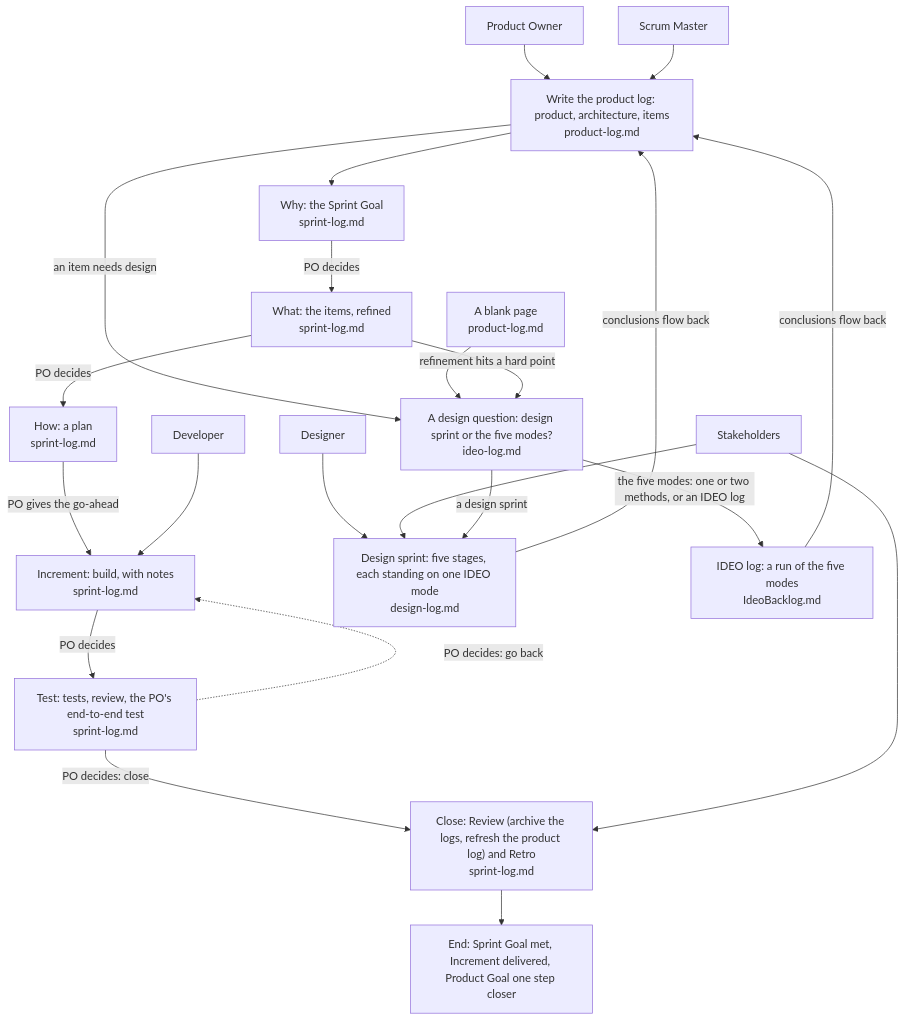
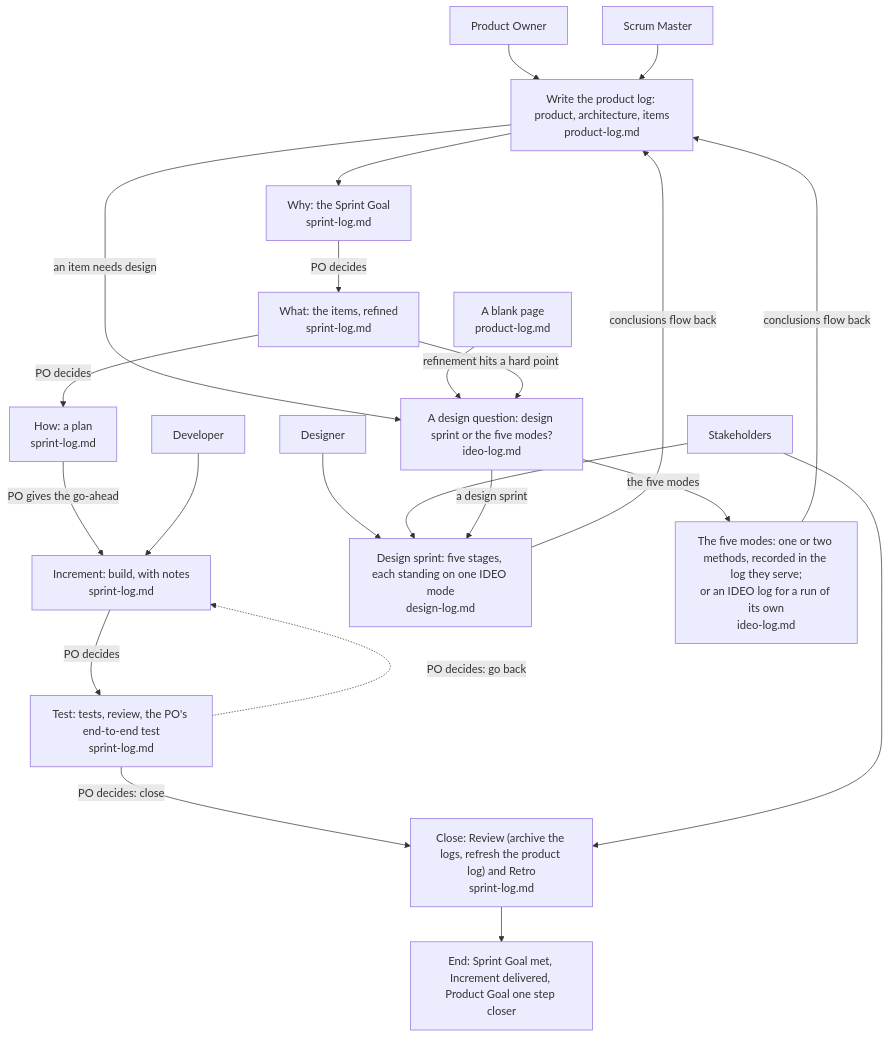
The diagram in plugins/ideo-scrum/skills/scrum-kernel/overview.md (seapawn1/IDEO-Scrum), drawn with Mermaid before and after one commit. The commit also changed other lines of this file and 4 other files, not shown here.

Commit message:
docs(Sprint 17): 对抗审查收 3 条照改——overview 图与第 3 条、模板章号说明；Codex 同步

````diff
--- a/plugins/ideo-scrum/skills/scrum-kernel/overview.md
+++ b/plugins/ideo-scrum/skills/scrum-kernel/overview.md
@@ -14,29 +14,29 @@
 ```mermaid
 flowchart TD
     PO["Product Owner"]
     SM["Scrum Master"]
     DEV["Developer"]
     DES["Designer"]
     SH["Stakeholders"]
     PO --> A["Write the product log: product, architecture, items<br/>product-log.md"]
     SM --> A
     A -- "an item needs design" --> X0["A design question: design sprint or the five modes?<br/>ideo-log.md"]
     BP["A blank page<br/>product-log.md"] --> X0
     A --> S1["Why: the Sprint Goal<br/>sprint-log.md"]
     S1 -- "PO decides" --> S2["What: the items, refined<br/>sprint-log.md"]
     S2 -- "refinement hits a hard point" --> X0
     S2 -- "PO decides" --> S3["How: a plan<br/>sprint-log.md"]
     S3 -- "PO gives the go-ahead" --> S4["Increment: build, with notes<br/>sprint-log.md"]
     DEV --> S4
     S4 -- "PO decides" --> S5["Test: tests, review, the PO's end-to-end test<br/>sprint-log.md"]
     S5 -. "PO decides: go back" .-> S4
     S5 -- "PO decides: close" --> V["Close: Review (archive the logs, refresh the product log) and Retro<br/>sprint-log.md"]
     DES --> X
     SH --> X
     SH --> V
     X0 -- "a design sprint" --> X["Design sprint: five stages, each standing on one IDEO mode<br/>design-log.md"]
-    X0 -- "the five modes: one or two methods, or an IDEO log" --> X2["IDEO log: a run of the five modes<br/>IdeoBacklog.md"]
+    X0 -- "the five modes" --> X2["The five modes: one or two methods, recorded in the log they serve;<br/>or an IDEO log for a run of its own<br/>ideo-log.md"]
     X -- "conclusions flow back" --> A
     X2 -- "conclusions flow back" --> A
     V --> E["End: Sprint Goal met, Increment delivered, Product Goal one step closer"]
 ```
````
